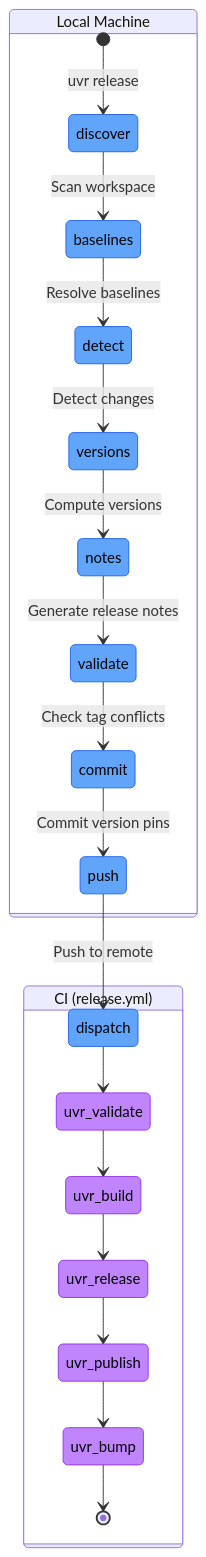
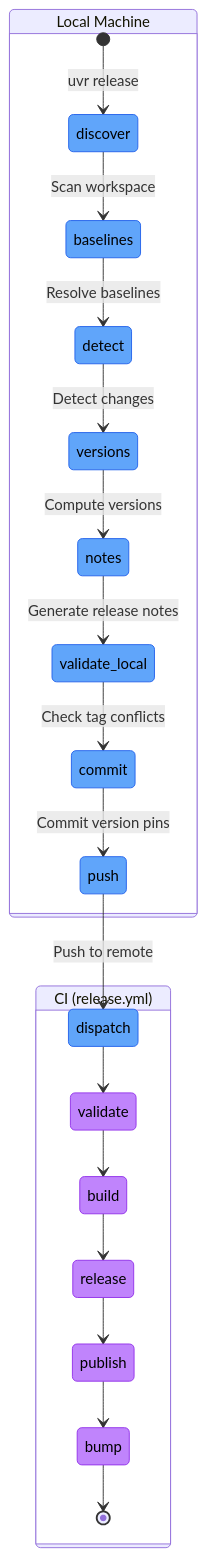
Before and after one commit to tylerpayne/uv-release-monorepo: the eighth of 10 diagrams in docs/under-the-hood/package-states.md, drawn with Mermaid. The commit also changed other lines of this file and 57 other files, not shown here.

````diff
--- a/docs/under-the-hood/package-states.md
+++ b/docs/under-the-hood/package-states.md
@@ -731,30 +497,30 @@
 ```mermaid
 stateDiagram-v2
     classDef local fill:#60a5fa,stroke:#2563eb,color:#000
     classDef ci fill:#c084fc,stroke:#9333ea,color:#000
     classDef checkpoint fill:#fbbf24,stroke:#d97706,color:#000
 
     state "Local Machine" as local {
         [*] --> discover: uvr release
         discover --> baselines: Scan workspace
         baselines --> detect: Resolve baselines
         detect --> versions: Detect changes
         versions --> notes: Compute versions
-        notes --> validate: Generate release notes
-        validate --> commit: Check tag conflicts
+        notes --> validate_local: Generate release notes
+        validate_local --> commit: Check tag conflicts
         commit --> push: Commit version pins
         push --> dispatch: Push to remote
     }
 
     state "CI (release.yml)" as ci {
-        dispatch --> uvr_validate
-        uvr_validate --> uvr_build
-        uvr_build --> uvr_release
-        uvr_release --> uvr_publish
-        uvr_publish --> uvr_bump
-        uvr_bump --> [*]
+        dispatch --> validate
+        validate --> build
+        build --> release
+        release --> publish
+        publish --> bump
+        bump --> [*]
     }
 
-    class discover,baselines,detect,versions,notes,validate,commit,push,dispatch local
-    class uvr_validate,uvr_build,uvr_release,uvr_publish,uvr_bump ci
+    class discover,baselines,detect,versions,notes,validate_local,commit,push,dispatch local
+    class validate,build,release,publish,bump ci
 ```
````
